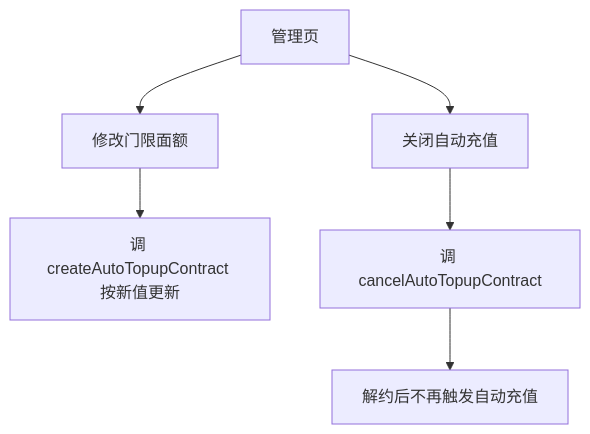
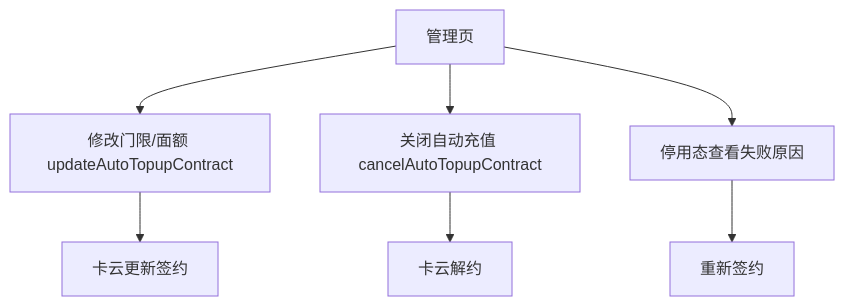
The second of 2 diagrams in test/story/fixtures/real-run/AR90006/spec/spec.md (sqsqsq/SimulatedWalletForHmos), drawn with Mermaid before and after one commit. The commit also changed other lines of this file and 160 other files, not shown here.

````diff
--- a/test/story/fixtures/real-run/AR90006/spec/spec.md
+++ b/test/story/fixtures/real-run/AR90006/spec/spec.md
@@ -205,8 +247,9 @@
 ```mermaid
 flowchart TD
-    A[管理页] --> B[修改门限面额]
-    A --> C[关闭自动充值]
-    B --> D[调 createAutoTopupContract 按新值更新]
-    C --> E[调 cancelAutoTopupContract]
-    E --> F[解约后不再触发自动充值]
+    A[管理页] --> B[修改门限/面额 updateAutoTopupContract]
+    A --> C[关闭自动充值 cancelAutoTopupContract]
+    A --> D[停用态查看失败原因]
+    B --> E[卡云更新签约]
+    C --> F[卡云解约]
+    D --> G[重新签约]
 ```
````
